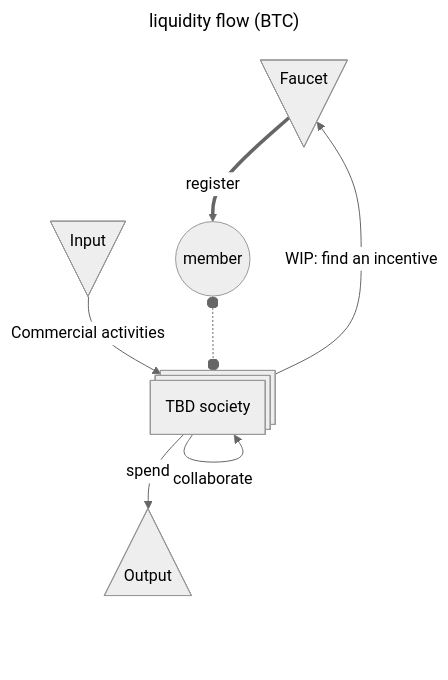
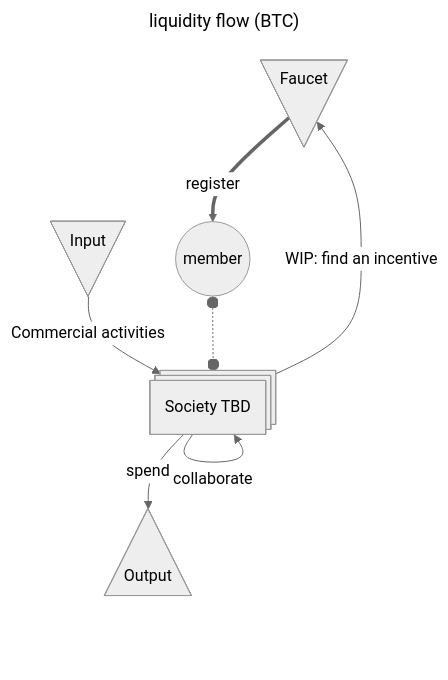
One commit to cromatikap/coin-society changed the diagram in README.md. Above: the diagram before and after it, drawn with Mermaid (neutral theme). The commit also changed other lines of this file, not shown here.

````diff
--- a/README.md
+++ b/README.md
@@ -47,12 +47,12 @@
 ```mermaid
 ---
 title: liquidity flow (BTC)
 ---
 flowchart TD
     Faucet@{ shape: flip-tri } ==register==> Member((member))
     Commercial@{ shape: flip-tri, label: Input } -- Commercial activities --> TBDsociety
-    Member o-.-o TBDsociety@{ shape: procs, label: "TBD society"}
+    Member o-.-o TBDsociety@{ shape: procs, label: "Society TBD"}
     TBDsociety -- WIP: find an incentive --> Faucet
     TBDsociety -- collaborate --> TBDsociety
     TBDsociety -- spend --> Output@{ shape: tri }
 ```
````
